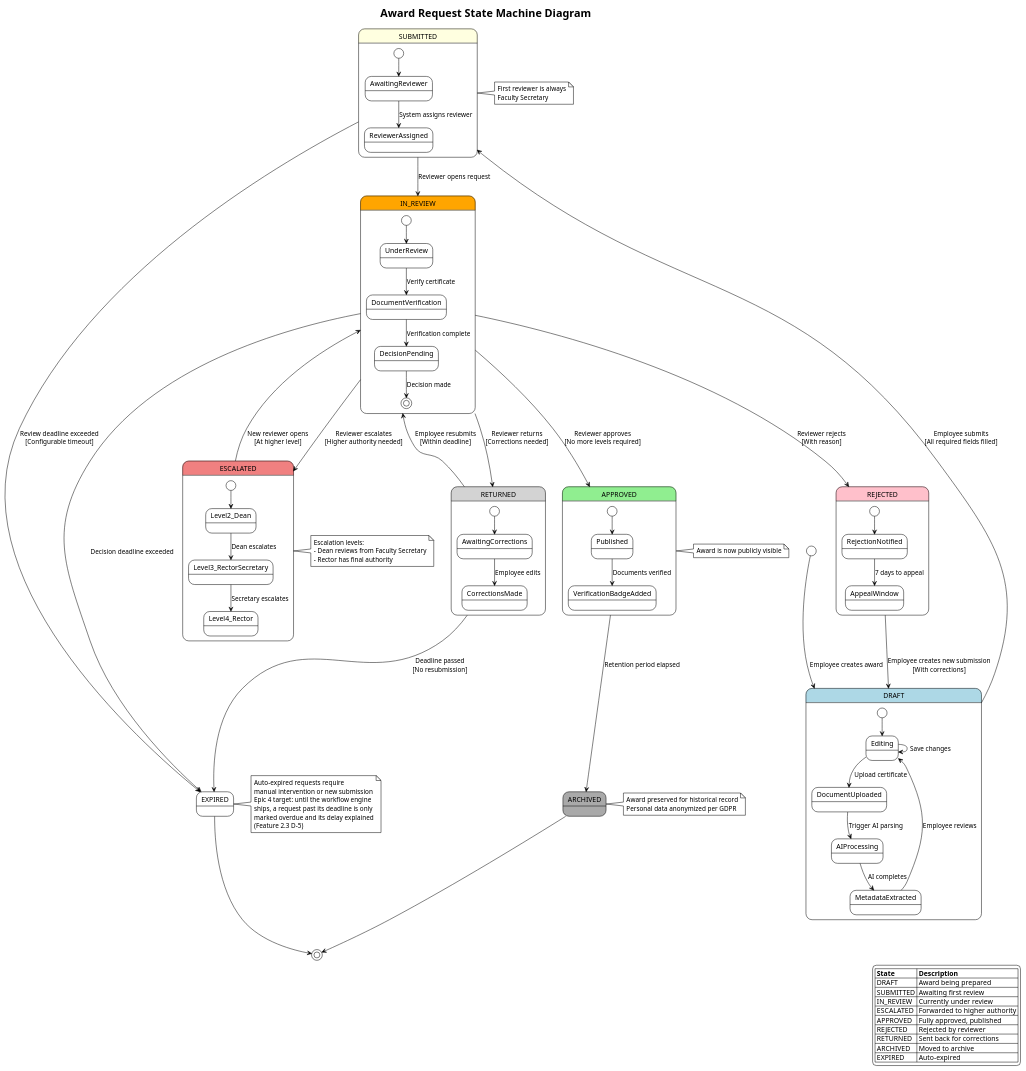
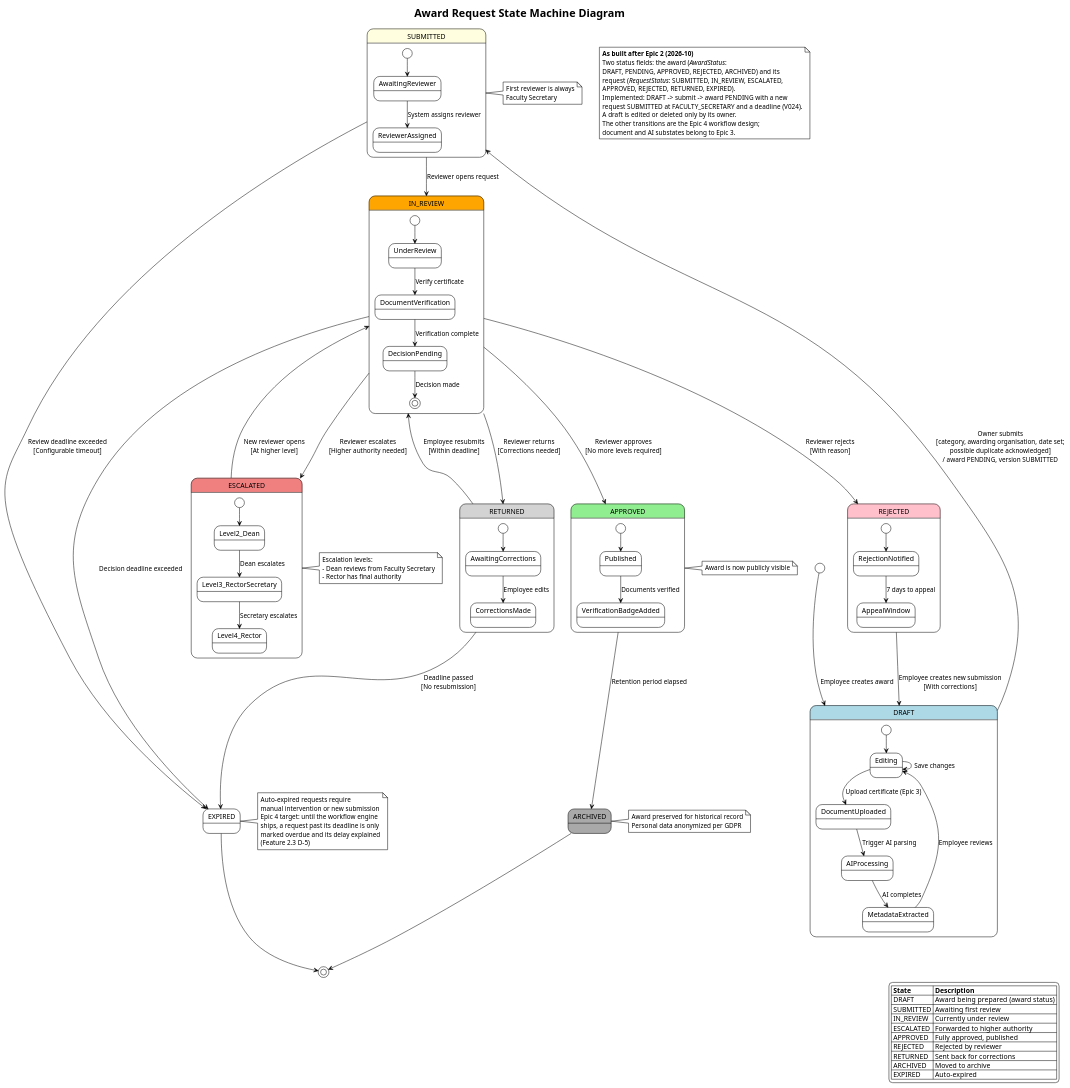
One commit to StKostyk/award-monitoring-system changed the diagram in docs/diagrams/uml/state-machine-award-request.puml. Above: the diagram before and after it, drawn with PlantUML. The commit also changed 33 other files, not shown here.

First line of the commit message:
docs: reconcile documentation with the code after Epic 2

```diff
--- a/docs/diagrams/uml/state-machine-award-request.puml
+++ b/docs/diagrams/uml/state-machine-award-request.puml
@@ -1,133 +1,146 @@
 @startuml StateMachine_Award_Request
 !theme plain
 skinparam state {
     BackgroundColor<<draft>> LightBlue
     BackgroundColor<<pending>> LightYellow
     BackgroundColor<<review>> Orange
     BackgroundColor<<escalated>> LightCoral
     BackgroundColor<<approved>> LightGreen
     BackgroundColor<<rejected>> Pink
     BackgroundColor<<returned>> LightGray
     BackgroundColor<<archived>> DarkGray
 }
 
 title Award Request State Machine Diagram
 
+note as AsBuilt
+    <b>As built after Epic 2 (2026-10)</b>
+    Two status fields: the award (<i>AwardStatus</i>:
+    DRAFT, PENDING, APPROVED, REJECTED, ARCHIVED) and its
+    request (<i>RequestStatus</i>: SUBMITTED, IN_REVIEW, ESCALATED,
+    APPROVED, REJECTED, RETURNED, EXPIRED).
+    Implemented: DRAFT -> submit -> award PENDING with a new
+    request SUBMITTED at FACULTY_SECRETARY and a deadline (V024).
+    A draft is edited or deleted only by its owner.
+    The other transitions are the Epic 4 workflow design;
+    document and AI substates belong to Epic 3.
+end note
+
 [*] --> DRAFT <<draft>> : Employee creates award
 
 state DRAFT <<draft>> {
     [*] --> Editing
     Editing --> Editing : Save changes
-    Editing --> DocumentUploaded : Upload certificate
+    Editing --> DocumentUploaded : Upload certificate (Epic 3)
     DocumentUploaded --> AIProcessing : Trigger AI parsing
     AIProcessing --> MetadataExtracted : AI completes
     MetadataExtracted --> Editing : Employee reviews
 }
 
-DRAFT --> SUBMITTED <<pending>> : Employee submits\n[All required fields filled]
+DRAFT --> SUBMITTED <<pending>> : Owner submits\n[category, awarding organisation, date set;\npossible duplicate acknowledged]\n/ award PENDING, version SUBMITTED
 
 state SUBMITTED <<pending>> {
     [*] --> AwaitingReviewer
     AwaitingReviewer --> ReviewerAssigned : System assigns reviewer
 }
 
 note right of SUBMITTED
     First reviewer is always
     Faculty Secretary
 end note
 
 SUBMITTED --> IN_REVIEW <<review>> : Reviewer opens request
 
 state IN_REVIEW <<review>> {
     [*] --> UnderReview
     UnderReview --> DocumentVerification : Verify certificate
     DocumentVerification --> DecisionPending : Verification complete
     DecisionPending --> [*] : Decision made
 }
 
 IN_REVIEW --> APPROVED <<approved>> : Reviewer approves\n[No more levels required]
 IN_REVIEW --> REJECTED <<rejected>> : Reviewer rejects\n[With reason]
 IN_REVIEW --> ESCALATED <<escalated>> : Reviewer escalates\n[Higher authority needed]
 IN_REVIEW --> RETURNED <<returned>> : Reviewer returns\n[Corrections needed]
 
 state ESCALATED <<escalated>> {
     [*] --> Level2_Dean
     Level2_Dean --> Level3_RectorSecretary : Dean escalates
     Level3_RectorSecretary --> Level4_Rector : Secretary escalates
 }
 
 note right of ESCALATED
     Escalation levels:
     - Dean reviews from Faculty Secretary
     - Rector has final authority
 end note
 
 ESCALATED --> IN_REVIEW : New reviewer opens\n[At higher level]
 
 state RETURNED <<returned>> {
     [*] --> AwaitingCorrections
     AwaitingCorrections --> CorrectionsMade : Employee edits
 }
 
 RETURNED --> IN_REVIEW : Employee resubmits\n[Within deadline]
 RETURNED --> EXPIRED : Deadline passed\n[No resubmission]
 
 state REJECTED <<rejected>> {
     [*] --> RejectionNotified
     RejectionNotified --> AppealWindow : 7 days to appeal
 }
 
 REJECTED --> DRAFT : Employee creates new submission\n[With corrections]
 
 state APPROVED <<approved>> {
     [*] --> Published
     Published --> VerificationBadgeAdded : Documents verified
 }
 
 note right of APPROVED
     Award is now publicly visible
 end note
 
 APPROVED --> ARCHIVED <<archived>> : Retention period elapsed
 
 state ARCHIVED <<archived>>
 
 note right of ARCHIVED
     Award preserved for historical record
     Personal data anonymized per GDPR
 end note
 
 ARCHIVED --> [*]
 
 ' Timeout transitions
 SUBMITTED --> EXPIRED : Review deadline exceeded\n[Configurable timeout]
 IN_REVIEW --> EXPIRED : Decision deadline exceeded
 
 state EXPIRED
 
 note right of EXPIRED
     Auto-expired requests require
     manual intervention or new submission
     Epic 4 target: until the workflow engine
     ships, a request past its deadline is only
     marked overdue and its delay explained
     (Feature 2.3 D-5)
 end note
 
 EXPIRED --> [*]
 
 ' Legend
 legend right
     |= State |= Description |
-    | DRAFT | Award being prepared |
+    | DRAFT | Award being prepared (award status) |
     | SUBMITTED | Awaiting first review |
     | IN_REVIEW | Currently under review |
     | ESCALATED | Forwarded to higher authority |
     | APPROVED | Fully approved, published |
     | REJECTED | Rejected by reviewer |
     | RETURNED | Sent back for corrections |
     | ARCHIVED | Moved to archive |
     | EXPIRED | Auto-expired |
 endlegend
 
 @enduml
```
